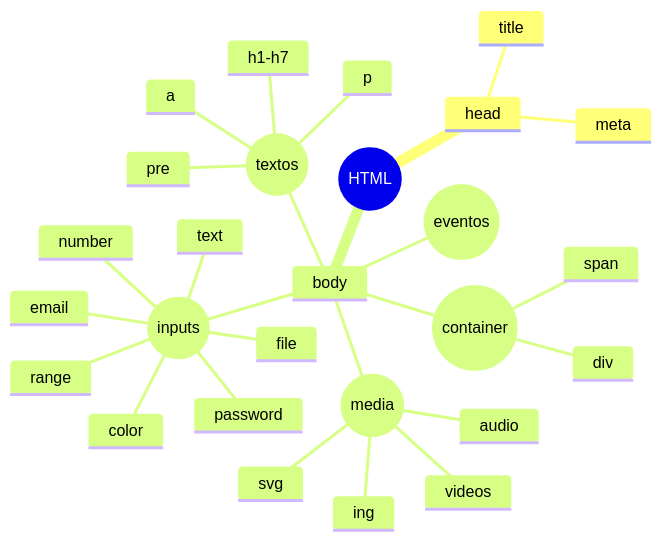
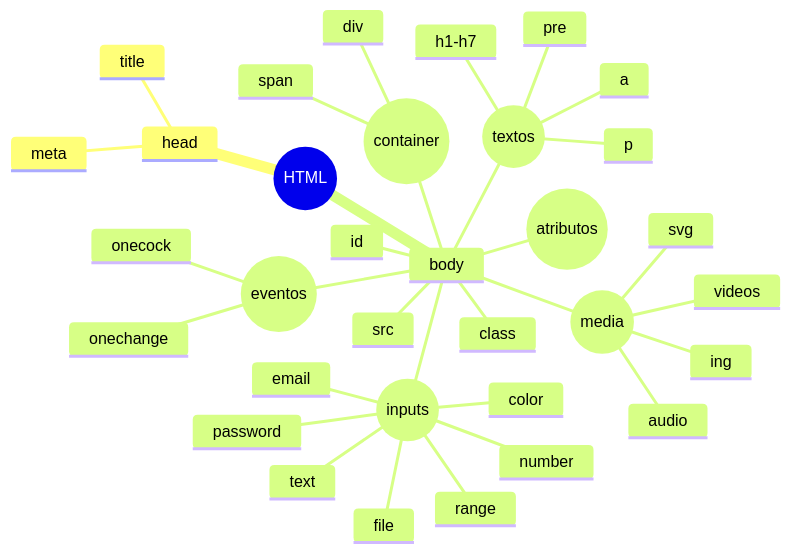
Before and after one commit to CantonPo/primer_repo: the diagram in mindmap.md, drawn with Mermaid.

````diff
--- a/mindmap.md
+++ b/mindmap.md
@@ -1,31 +1,36 @@
 ```mermaid
 mindmap
 root((HTML))
     head
         title
         meta
     body
         ((textos))
             h1-h7
             p
             pre
             a
         ((inputs))
             text
             password
             number
             range
             email
             color
             file
         ((media))
             ing
             videos
             audio
             svg
         ((container))
             span
             div
         ((eventos))
-
+            onecock
+            onechange
+        ((atributos))
+        id
+        class
+        src
 ```
````
